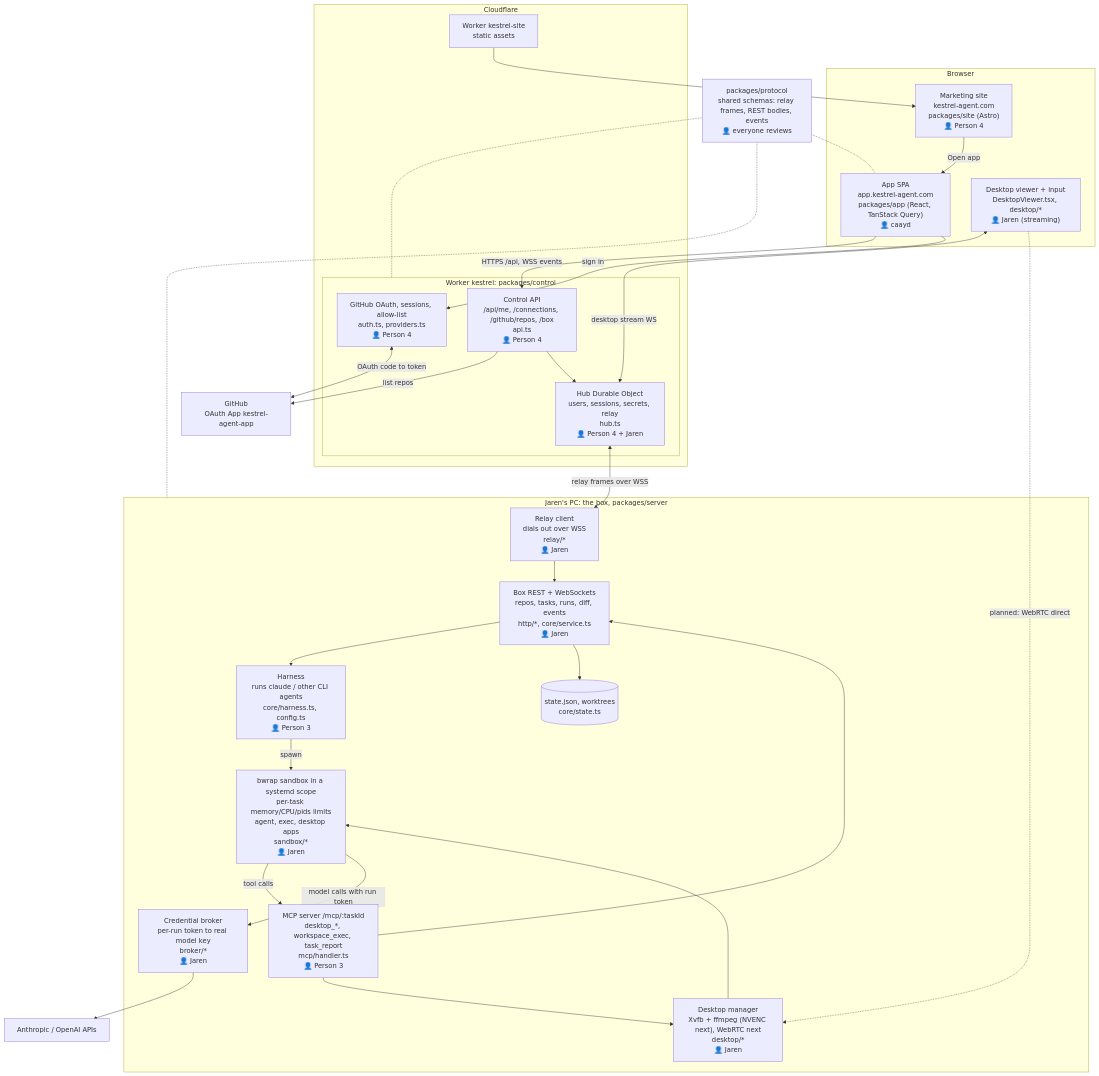
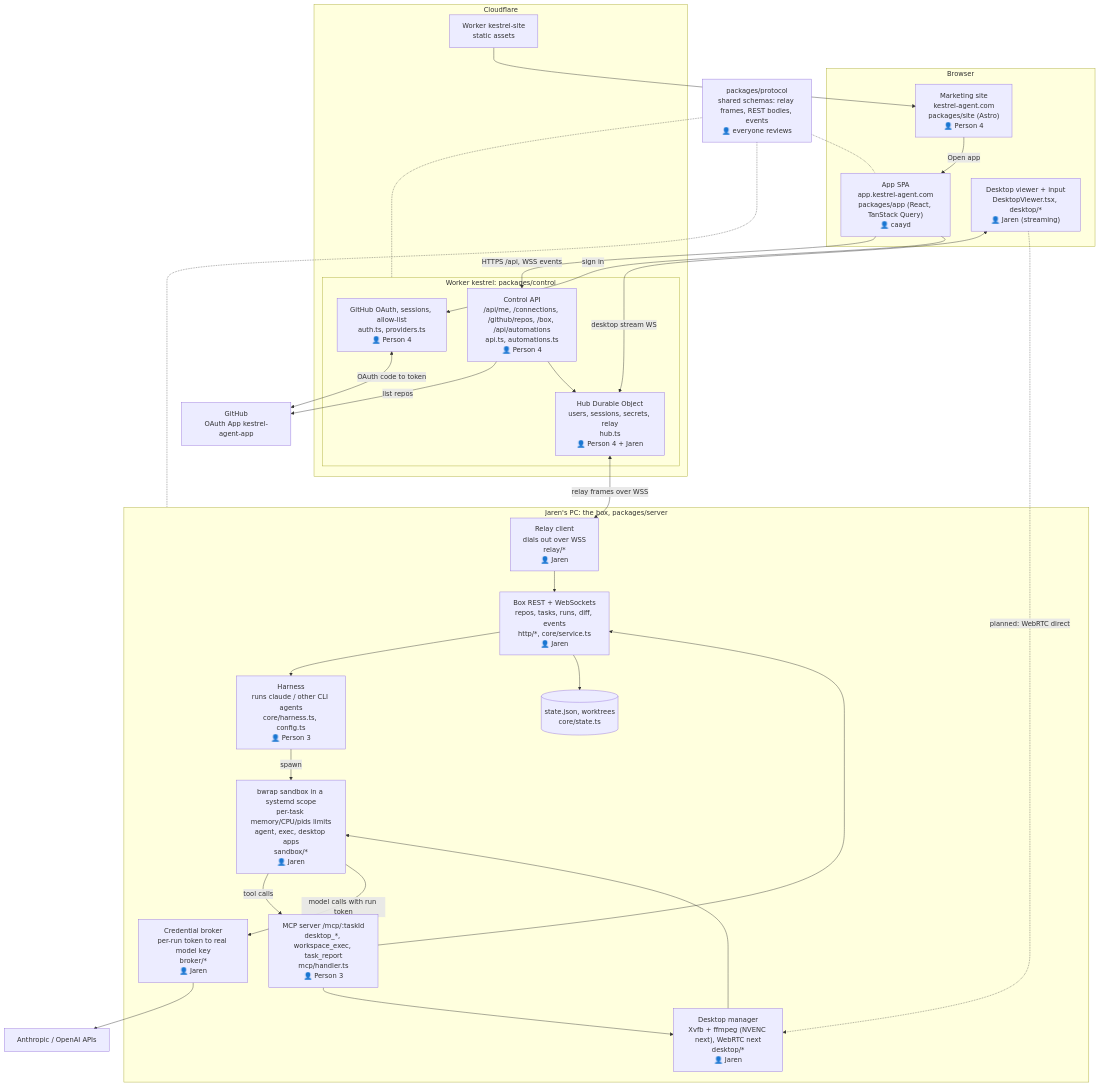
One commit to jarenm1/kestrel changed the diagram in docs/architecture.md. Above: the diagram before and after it, drawn with Mermaid. The commit also changed other lines of this file, not shown here.

Commit message:
Document automations in the architecture overview

````diff
--- a/docs/architecture.md
+++ b/docs/architecture.md
@@ -3,58 +3,58 @@
 ```mermaid
 flowchart TB
   subgraph Browser["Browser"]
     SITE["Marketing site<br/>kestrel-agent.com<br/>packages/site (Astro)<br/>👤 Person 4"]
     APP["App SPA<br/>app.kestrel-agent.com<br/>packages/app (React, TanStack Query)<br/>👤 caayd"]
     VIEW["Desktop viewer + input<br/>DesktopViewer.tsx, desktop/*<br/>👤 Jaren (streaming)"]
   end
 
   subgraph CF["Cloudflare"]
     SITEW["Worker kestrel-site<br/>static assets"]
     subgraph CTRL["Worker kestrel: packages/control"]
       AUTH["GitHub OAuth, sessions, allow-list<br/>auth.ts, providers.ts<br/>👤 Person 4"]
-      API["Control API<br/>/api/me, /connections, /github/repos, /box<br/>api.ts<br/>👤 Person 4"]
+      API["Control API<br/>/api/me, /connections, /github/repos, /box, /api/automations<br/>api.ts, automations.ts<br/>👤 Person 4"]
       HUB["Hub Durable Object<br/>users, sessions, secrets, relay<br/>hub.ts<br/>👤 Person 4 + Jaren"]
     end
   end
 
   GH["GitHub<br/>OAuth App kestrel-agent-app"]
 
   subgraph PC["Jaren's PC: the box, packages/server"]
     RELAY["Relay client<br/>dials out over WSS<br/>relay/*<br/>👤 Jaren"]
     REST["Box REST + WebSockets<br/>repos, tasks, runs, diff, events<br/>http/*, core/service.ts<br/>👤 Jaren"]
     HARN["Harness<br/>runs claude / other CLI agents<br/>core/harness.ts, config.ts<br/>👤 Person 3"]
     MCP["MCP server /mcp/:taskId<br/>desktop_*, workspace_exec, task_report<br/>mcp/handler.ts<br/>👤 Person 3"]
     BROKER["Credential broker<br/>per-run token to real model key<br/>broker/*<br/>👤 Jaren"]
     SB["bwrap sandbox in a systemd scope<br/>per-task memory/CPU/pids limits<br/>agent, exec, desktop apps<br/>sandbox/*<br/>👤 Jaren"]
     DESK["Desktop manager<br/>Xvfb + ffmpeg (NVENC next), WebRTC next<br/>desktop/*<br/>👤 Jaren"]
     STATE[("state.json, worktrees<br/>core/state.ts")]
   end
 
   LLM["Anthropic / OpenAI APIs"]
 
   SITE -->|Open app| APP
   SITEW --> SITE
   APP -->|HTTPS /api, WSS events| API
   APP -->|sign in| AUTH
   AUTH <-->|OAuth code to token| GH
   API -->|list repos| GH
   API --> HUB
   HUB <-->|relay frames over WSS| RELAY
   VIEW <-->|desktop stream WS| HUB
   VIEW -.->|planned: WebRTC direct| DESK
   RELAY --> REST
   REST --> HARN
   REST --> STATE
   HARN -->|spawn| SB
   SB -->|tool calls| MCP
   SB -->|model calls with run token| BROKER
   BROKER --> LLM
   MCP --> DESK
   MCP --> REST
   DESK --> SB
 
   PROTO["packages/protocol<br/>shared schemas: relay frames, REST bodies, events<br/>👤 everyone reviews"]
   PROTO -.- APP
   PROTO -.- CTRL
   PROTO -.- PC
 ```
````
